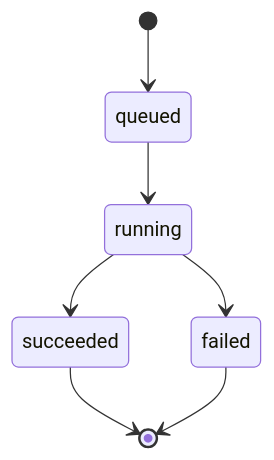
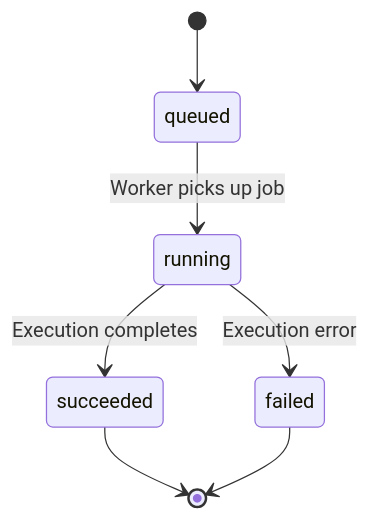
Before and after one commit to Ic1558/0luka: the diagram in core/semantics/job_lifecycle.md, drawn with Mermaid. The commit also changed 2 other files, not shown here.

Commit message:
promote(core): opal_me_worker
workspace: opal_me_worker

model: unknown | trace_id: none

````diff
--- a/core/semantics/job_lifecycle.md
+++ b/core/semantics/job_lifecycle.md
@@ -15,9 +15,9 @@
 ```mermaid
 stateDiagram-v2
     [*] --> queued
-    queued --> running
-    running --> succeeded
-    running --> failed
+    queued --> running: Worker picks up job
+    running --> succeeded: Execution completes
+    running --> failed: Execution error
     succeeded --> [*]
     failed --> [*]
 ```
````
